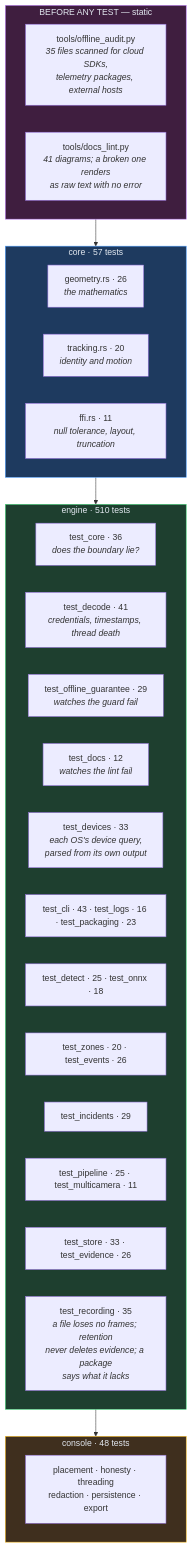
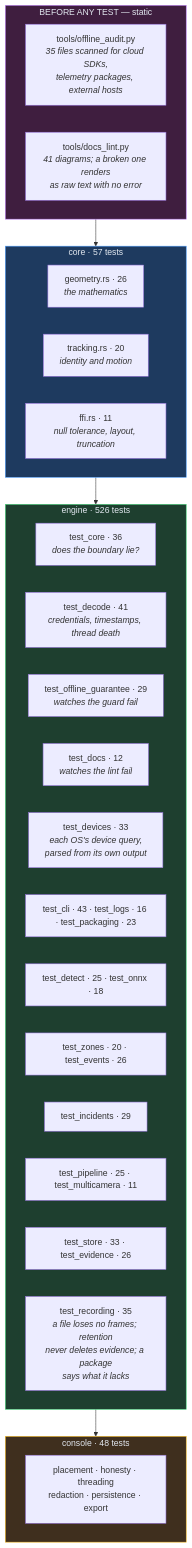
One commit to haidar-farhat/V.I.G.I.L._Vision_Intelligence_and_Geospatial_ncident_Layer changed diagram 15 of 17 in docs/OVERVIEW.md. Above: the diagram before and after it, drawn with Mermaid. The commit also changed other lines of this file and 12 other files, not shown here.

````diff
--- a/docs/OVERVIEW.md
+++ b/docs/OVERVIEW.md
@@ -562,36 +562,36 @@
 ```mermaid
 flowchart TB
     subgraph gate["BEFORE ANY TEST — static"]
         AU["tools/offline_audit.py<br/><i>35 files scanned for cloud SDKs,<br/>telemetry packages, external hosts</i>"]
         DL["tools/docs_lint.py<br/><i>41 diagrams; a broken one renders<br/>as raw text with no error</i>"]
     end
     subgraph rust["core · 57 tests"]
         G["geometry.rs · 26<br/><i>the mathematics</i>"]
         T["tracking.rs · 20<br/><i>identity and motion</i>"]
         F["ffi.rs · 11<br/><i>null tolerance, layout, truncation</i>"]
     end
-    subgraph eng["engine · 510 tests"]
+    subgraph eng["engine · 526 tests"]
         C["test_core · 36<br/><i>does the boundary lie?</i>"]
         DE["test_decode · 41<br/><i>credentials, timestamps, thread death</i>"]
         OG["test_offline_guarantee · 29<br/><i>watches the guard fail</i>"]
         DC["test_docs · 12<br/><i>watches the lint fail</i>"]
         DV["test_devices · 33<br/><i>each OS's device query,<br/>parsed from its own output</i>"]
         CL["test_cli · 43 · test_logs · 16 · test_packaging · 23"]
         DT["test_detect · 25 · test_onnx · 18"]
         Z["test_zones · 20 · test_events · 26"]
         IN["test_incidents · 29"]
         P["test_pipeline · 25 · test_multicamera · 11"]
         ST["test_store · 33 · test_evidence · 26"]
         RE["test_recording · 35<br/><i>a file loses no frames; retention<br/>never deletes evidence; a package<br/>says what it lacks</i>"]
     end
     subgraph con["console · 48 tests"]
         CO["placement · honesty · threading<br/>redaction · persistence · export"]
     end
 
     gate --> rust --> eng --> con
 
     style gate fill:#3f1e3f,stroke:#c084fc,color:#e2e8f0
     style rust fill:#1e3a5f,stroke:#4a9eff,color:#e2e8f0
     style eng fill:#1e3f2f,stroke:#4ade80,color:#e2e8f0
     style con fill:#3f2f1e,stroke:#fbbf24,color:#e2e8f0
 ```
````
